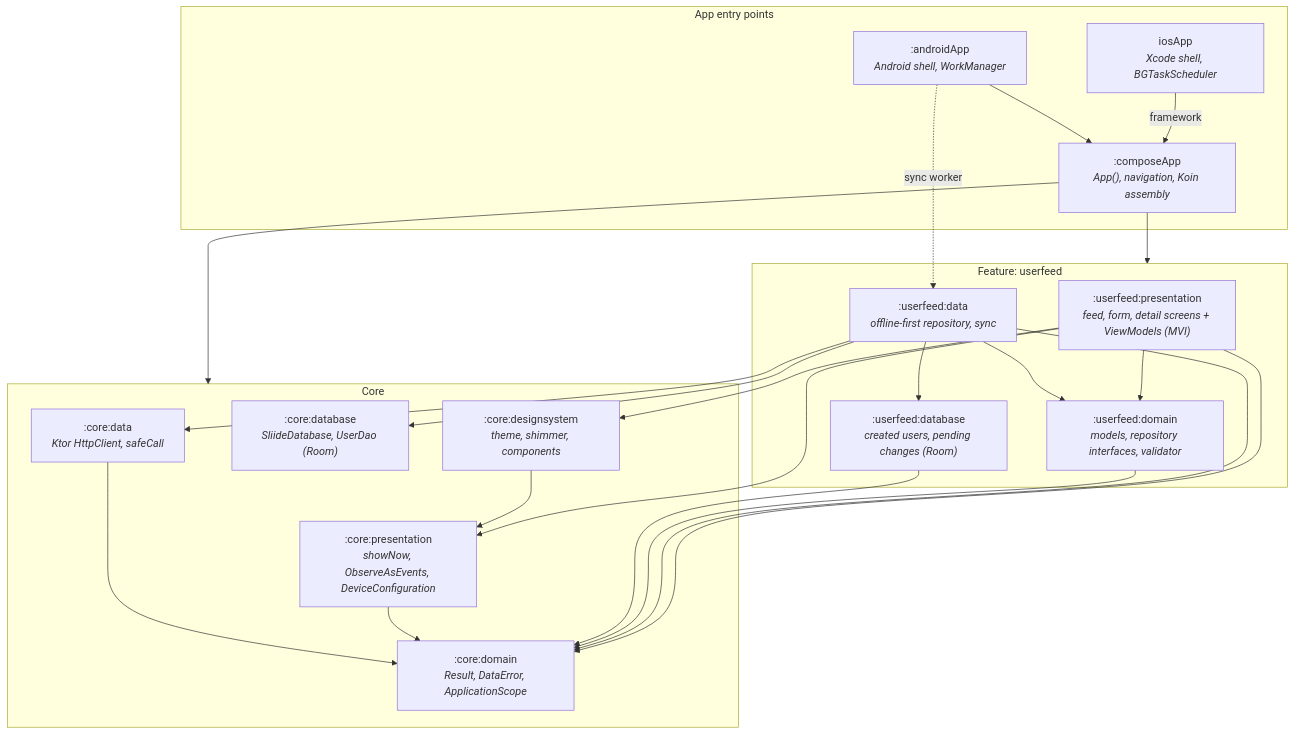
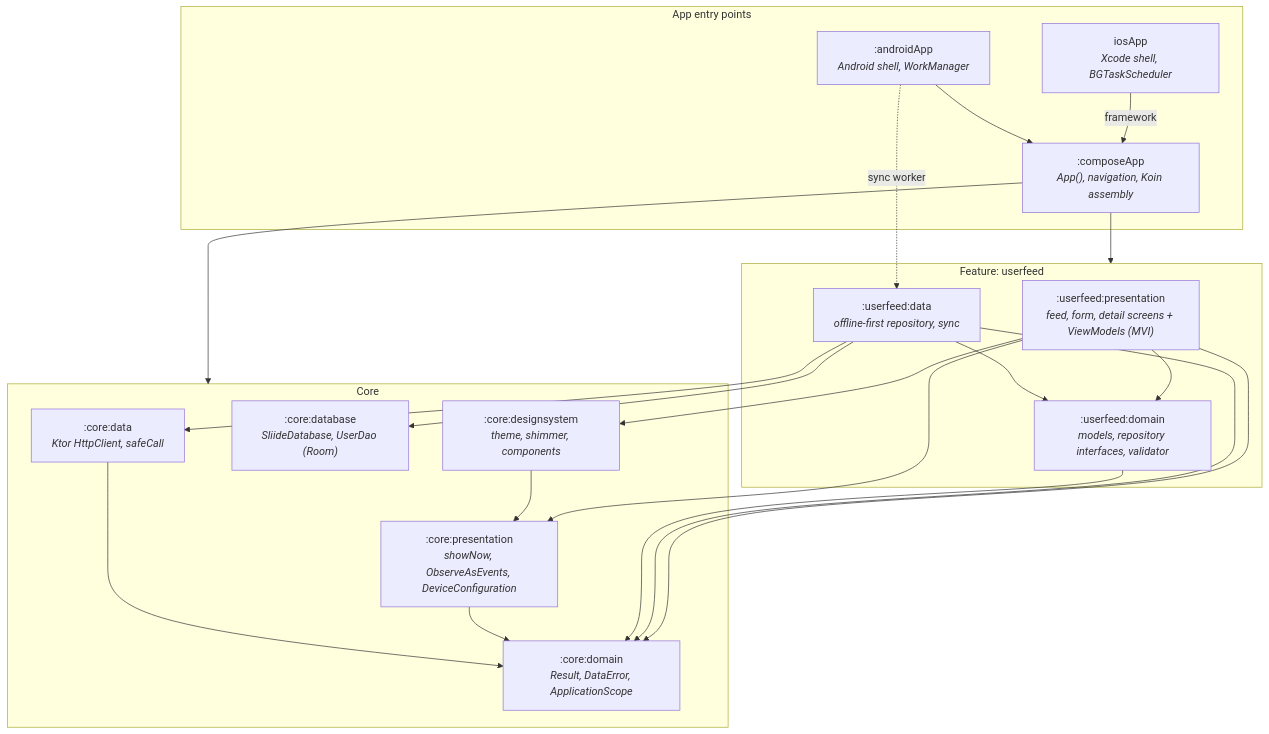
Before and after one commit to adilabedin/SliideChallenge: the first of 3 diagrams in README.md, drawn with Mermaid. The commit also changed other lines of this file and 35 other files, not shown here.

Commit message:
updates architecture

````diff
--- a/README.md
+++ b/README.md
@@ -20,45 +20,42 @@
 ```mermaid
 flowchart TD
     subgraph entry["App entry points"]
         androidApp[":androidApp<br/><i>Android shell, WorkManager</i>"]
         iosApp["iosApp<br/><i>Xcode shell, BGTaskScheduler</i>"]
         composeApp[":composeApp<br/><i>App(), navigation, Koin assembly</i>"]
     end
 
     subgraph feature["Feature: userfeed"]
         ufPresentation[":userfeed:presentation<br/><i>feed, form, detail screens + ViewModels (MVI)</i>"]
         ufDomain[":userfeed:domain<br/><i>models, repository interfaces, validator</i>"]
         ufData[":userfeed:data<br/><i>offline-first repository, sync</i>"]
-        ufDatabase[":userfeed:database<br/><i>created users, pending changes (Room)</i>"]
     end
 
     subgraph core["Core"]
         corePresentation[":core:presentation<br/><i>showNow, ObserveAsEvents, DeviceConfiguration</i>"]
         coreDesignsystem[":core:designsystem<br/><i>theme, shimmer, components</i>"]
         coreDomain[":core:domain<br/><i>Result, DataError, ApplicationScope</i>"]
         coreData[":core:data<br/><i>Ktor HttpClient, safeCall</i>"]
         coreDatabase[":core:database<br/><i>SliideDatabase, UserDao (Room)</i>"]
     end
 
     iosApp -->|framework| composeApp
     androidApp --> composeApp
     androidApp -.->|sync worker| ufData
     composeApp --> feature
     composeApp --> core
 
     ufPresentation --> ufDomain
     ufPresentation --> corePresentation
     ufPresentation --> coreDesignsystem
     ufPresentation --> coreDomain
     ufData --> ufDomain
-    ufData --> ufDatabase
     ufData --> coreData
     ufData --> coreDatabase
     ufData --> coreDomain
     ufDomain --> coreDomain
-    ufDatabase --> coreDomain
 
     coreDesignsystem --> corePresentation
     corePresentation --> coreDomain
     coreData --> coreDomain
 ```
````
